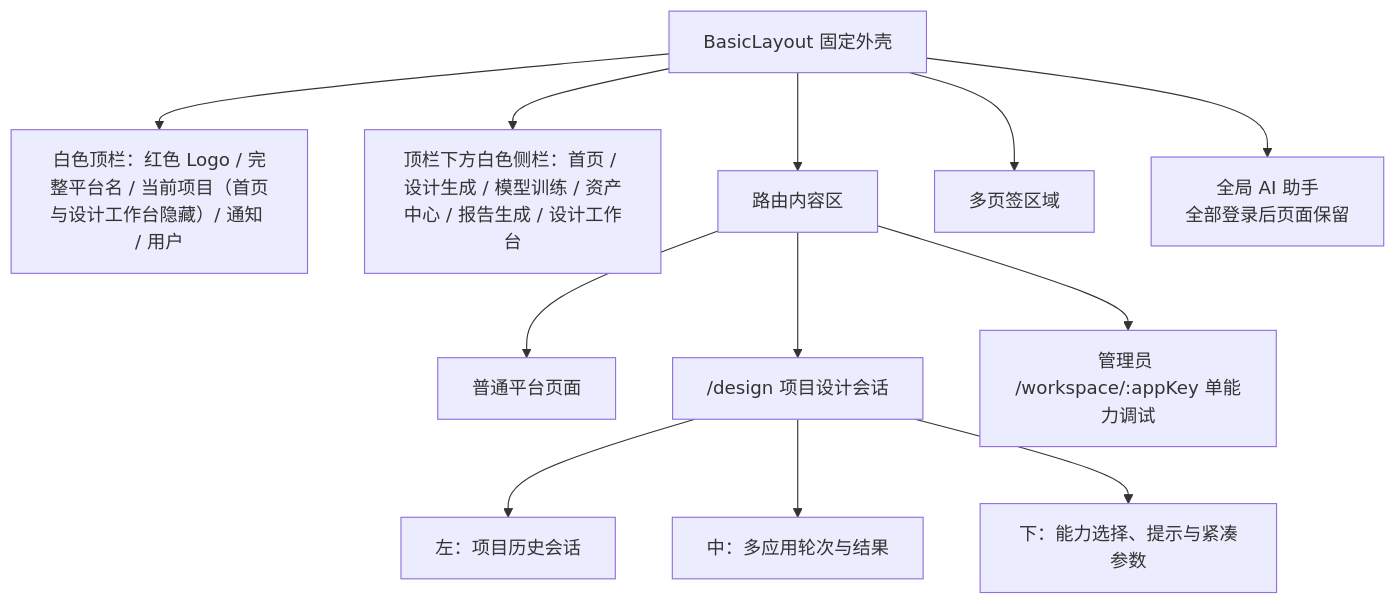
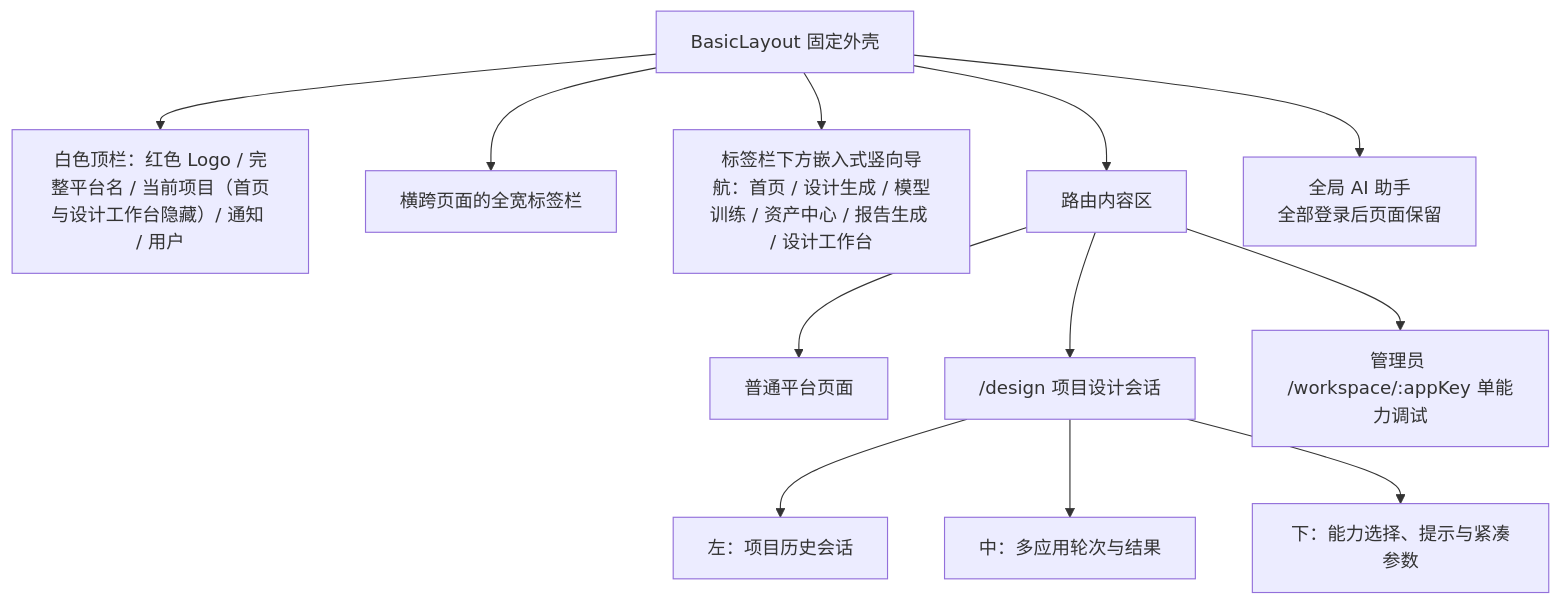
One commit to hywchina/vue-vben-admin changed the third of 13 diagrams in docs/rail-platform/ARCHITECTURE.md. Above: the diagram before and after it, drawn with Mermaid. The commit also changed other lines of this file and 7 other files, not shown here.

````diff
--- a/docs/rail-platform/ARCHITECTURE.md
+++ b/docs/rail-platform/ARCHITECTURE.md
@@ -139,17 +139,17 @@
 ```mermaid
 flowchart TB
   Layout["BasicLayout 固定外壳"]
   Layout --> Header["白色顶栏：红色 Logo / 完整平台名 / 当前项目（首页与设计工作台隐藏）/ 通知 / 用户"]
-  Layout --> Nav["顶栏下方白色侧栏：首页 / 设计生成 / 模型训练 / 资产中心 / 报告生成 / 设计工作台"]
+  Layout --> Tabs["横跨页面的全宽标签栏"]
+  Layout --> Nav["标签栏下方嵌入式竖向导航：首页 / 设计生成 / 模型训练 / 资产中心 / 报告生成 / 设计工作台"]
   Layout --> RouteArea["路由内容区"]
-  Layout --> Tabs["多页签区域"]
   Layout --> Assistant["全局 AI 助手<br/>全部登录后页面保留"]
 
   RouteArea --> Normal["普通平台页面"]
   RouteArea --> DesignArea["/design 项目设计会话"]
   RouteArea --> AppArea["管理员 /workspace/:appKey 单能力调试"]
 
   DesignArea --> History["左：项目历史会话"]
   DesignArea --> Stage["中：多应用轮次与结果"]
   DesignArea --> Composer["下：能力选择、提示与紧凑参数"]
 ```
````
